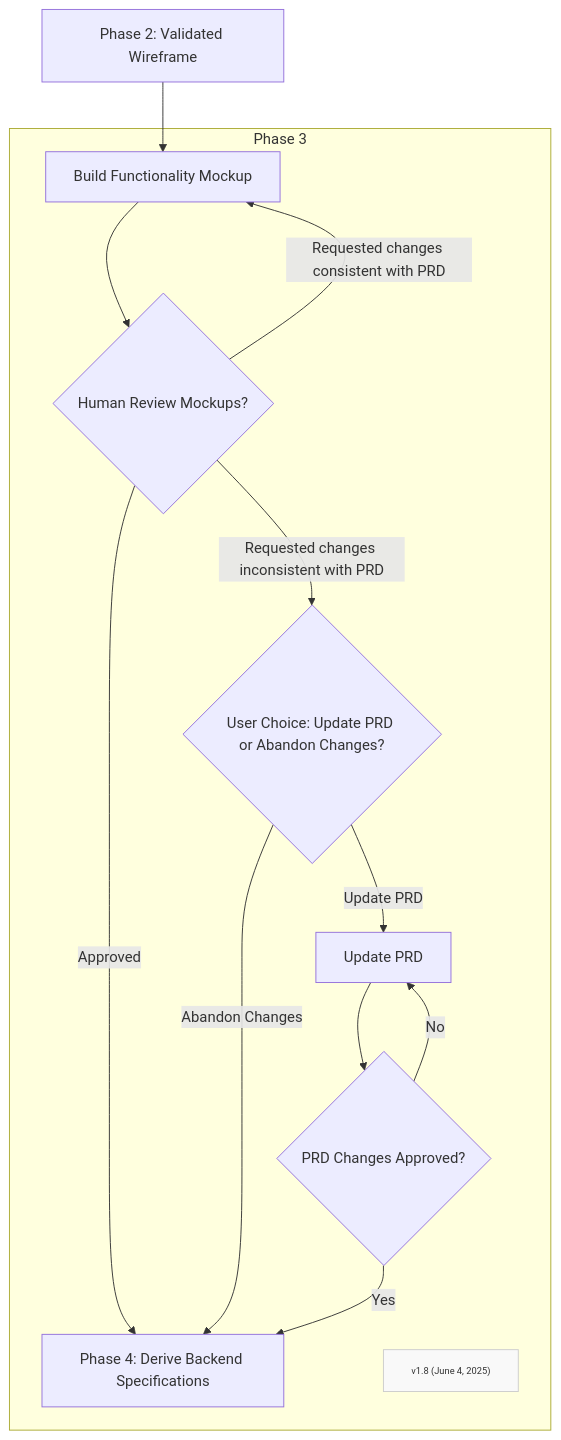
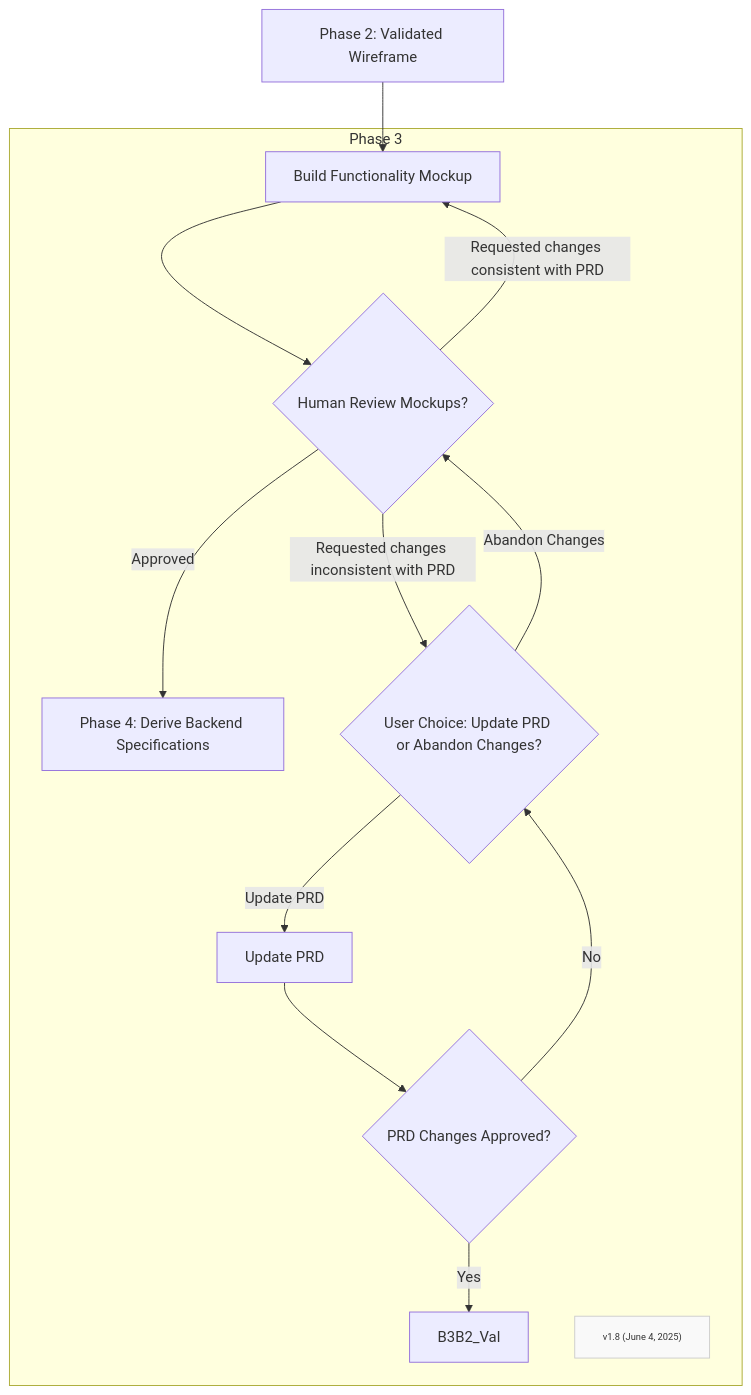
The diagram in Phases/FF-phase3.md (Mharbulous/Front-First-Method), drawn with Mermaid before and after one commit.

Commit message:
Revising the flowchart

````diff
--- a/Phases/FF-phase3.md
+++ b/Phases/FF-phase3.md
@@ -2,23 +2,23 @@
 ```mermaid
 graph TD
     B1["Phase 2: Validated Wireframe"] --> B2["Build Functionality Mockup"]
 
     subgraph Phase3["Phase 3"]
         B2 --> B2_Val{"Human Review Mockups?"}
         B2_Val -->|Approved| B3
         B2_Val -->|Requested changes inconsistent with PRD| B2_User_Choice{"User Choice: Update PRD or Abandon Changes?"}
         B2_Val -->|Requested changes consistent with PRD| B2
 
         B2_User_Choice -->|Update PRD| B2_PRD_Update["Update PRD"]
-        B2_User_Choice -->|Abandon Changes| B3
+        B2_User_Choice -->|Abandon Changes| B2_Val
         B2_PRD_Update --> B2_PRD_Approved{"PRD Changes Approved?"}
-        B2_PRD_Approved -->|No| B2_PRD_Update
-        B2_PRD_Approved -->|Yes| B3
+        B2_PRD_Approved -->|No| B2_User_Choice
+        B2_PRD_Approved -->|Yes| B3B2_Val
 
         Version["v1.8 (June 4, 2025)"]
         classDef version fill:#f9f9f9,stroke:#ccc,font-size:10px
         class Version version
     end
 
     B3["Phase 4: Derive Backend Specifications"]
 ```
````
